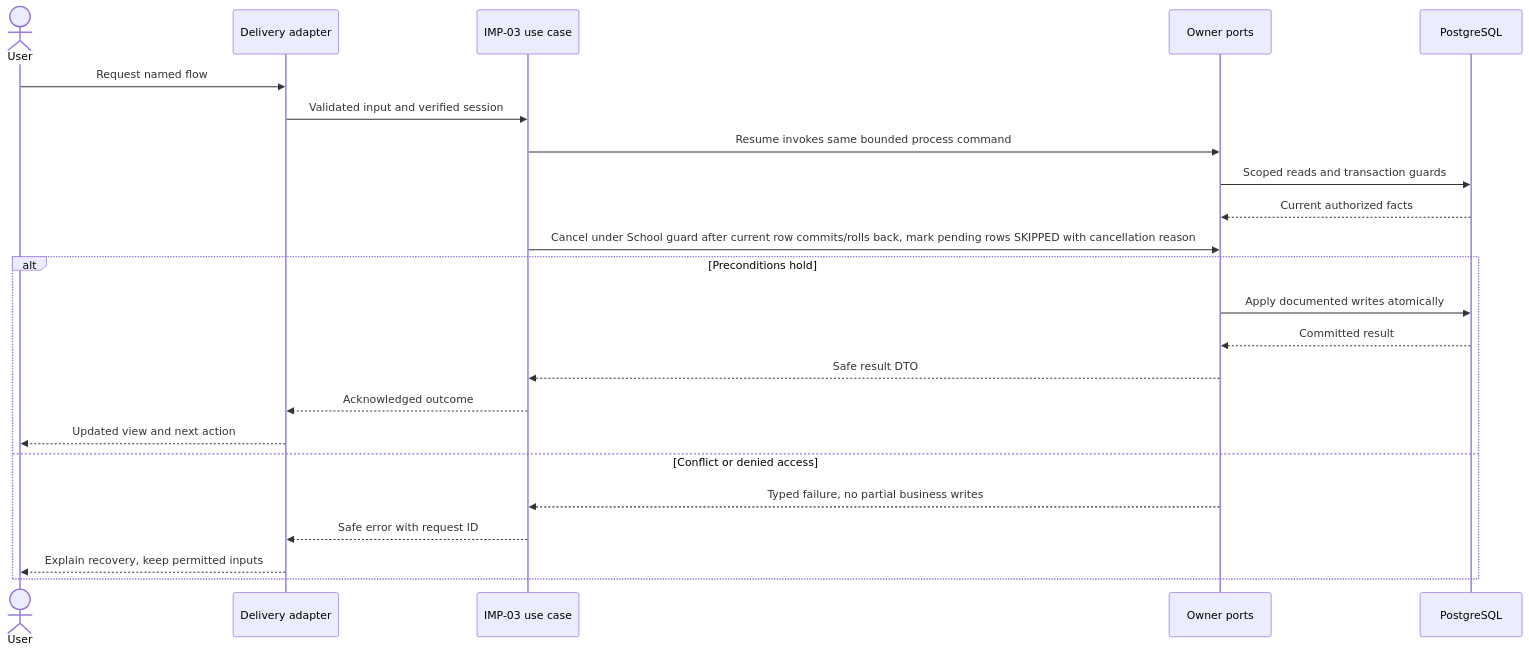
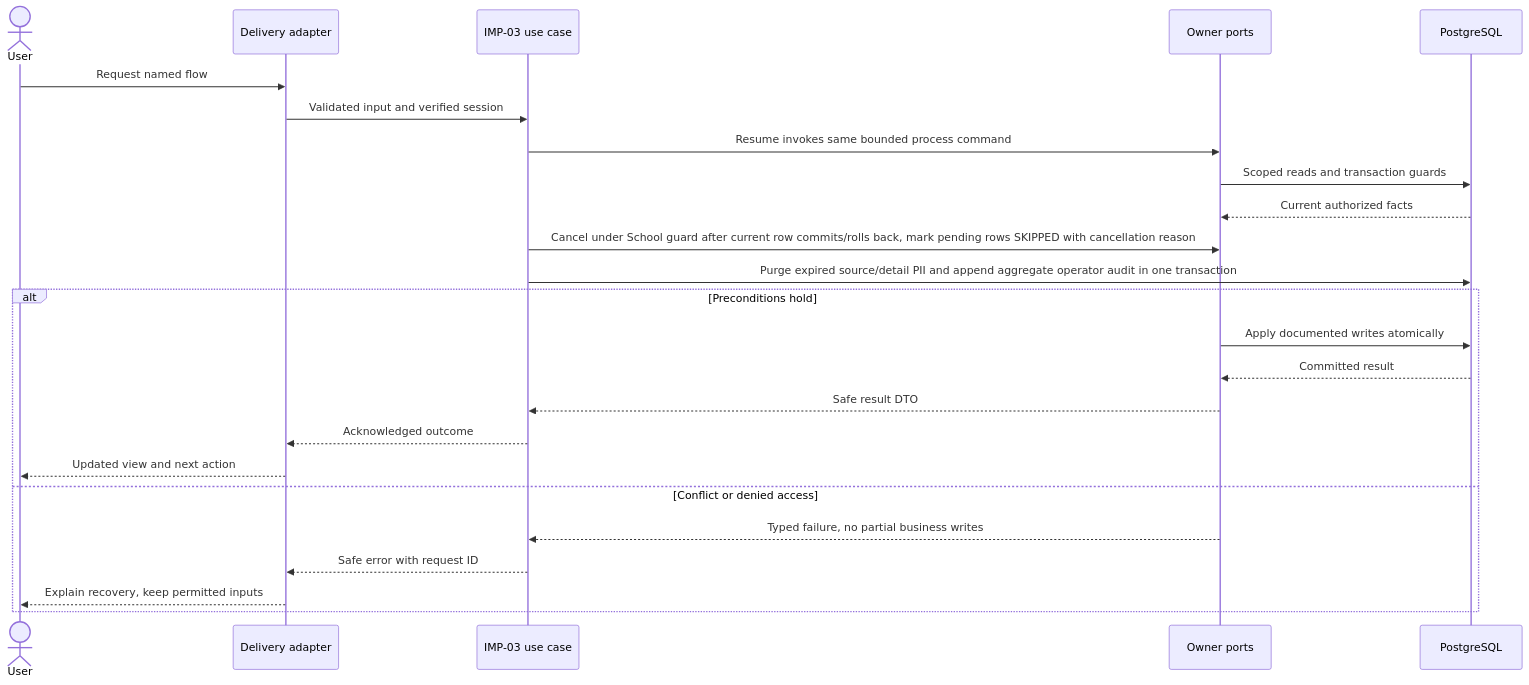
Before and after one commit to svenk15/vyapti_vschool: the third of 3 diagrams in docs/modules/imports/DESIGN.md, drawn with Mermaid. The commit also changed other lines of this file and 25 other files, not shown here.

````diff
--- a/docs/modules/imports/DESIGN.md
+++ b/docs/modules/imports/DESIGN.md
@@ -177,25 +177,26 @@
 ```mermaid
 sequenceDiagram
   actor U as User
   participant W as Delivery adapter
   participant A as IMP-03 use case
   participant P as Owner ports
   participant D as PostgreSQL
   U->>W: Request named flow
   W->>A: Validated input and verified session
   A->>P: Resume invokes same bounded process command
   P->>D: Scoped reads and transaction guards
   D-->>P: Current authorized facts
   A->>P: Cancel under School guard after current row commits/rolls back, mark pending rows SKIPPED with cancellation reason
+  A->>D: Purge expired source/detail PII and append aggregate operator audit in one transaction
   alt Preconditions hold
     P->>D: Apply documented writes atomically
     D-->>P: Committed result
     P-->>A: Safe result DTO
     A-->>W: Acknowledged outcome
     W-->>U: Updated view and next action
   else Conflict or denied access
     P-->>A: Typed failure, no partial business writes
     A-->>W: Safe error with request ID
     W-->>U: Explain recovery, keep permitted inputs
   end
 ```
````
